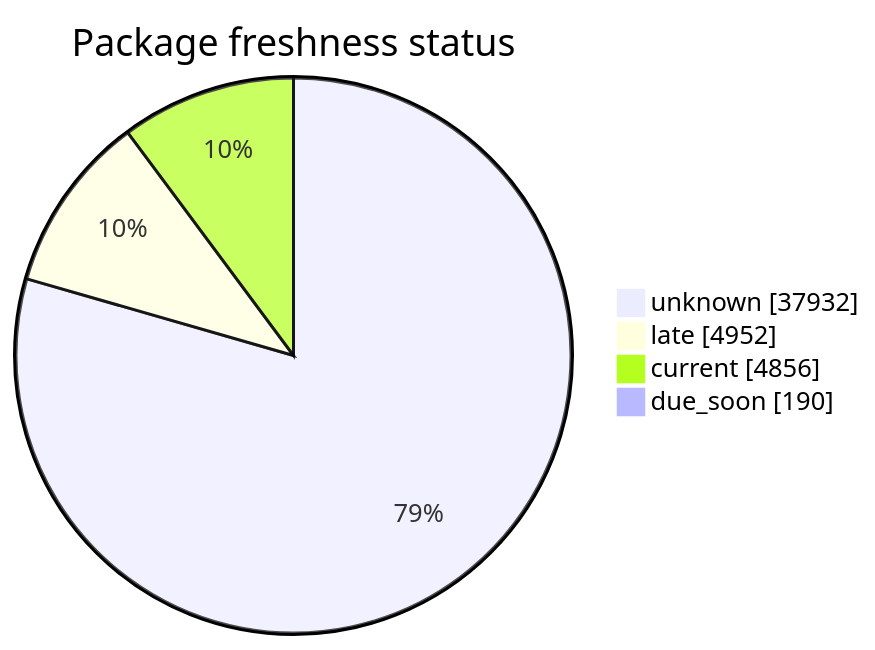
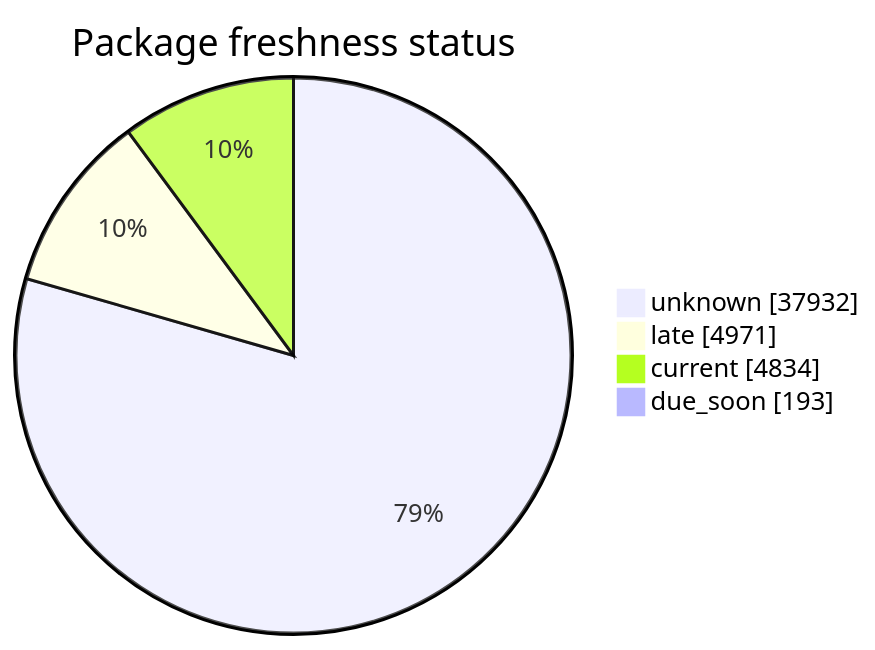
The second of 5 diagrams in FreshCheck/README.md (open-data/analytics-corporate-reporting), drawn with Mermaid before and after one commit. The commit also changed other lines of this file and 3 other files, not shown here.

````diff
--- a/FreshCheck/README.md
+++ b/FreshCheck/README.md
@@ -68,7 +68,7 @@
 ```mermaid
 pie showData title Package freshness status
     "unknown": 37932
-    "late": 4952
-    "current": 4856
-    "due_soon": 190
+    "late": 4971
+    "current": 4834
+    "due_soon": 193
 ```
````
